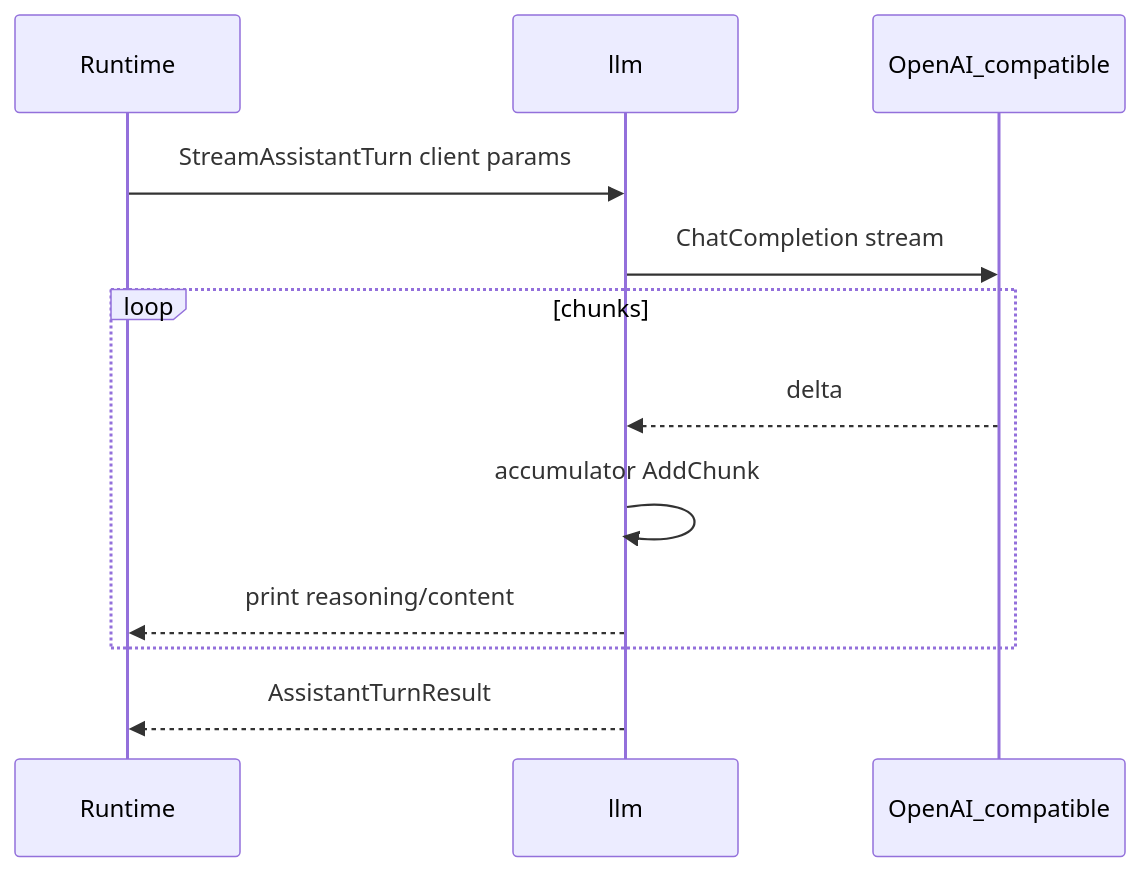
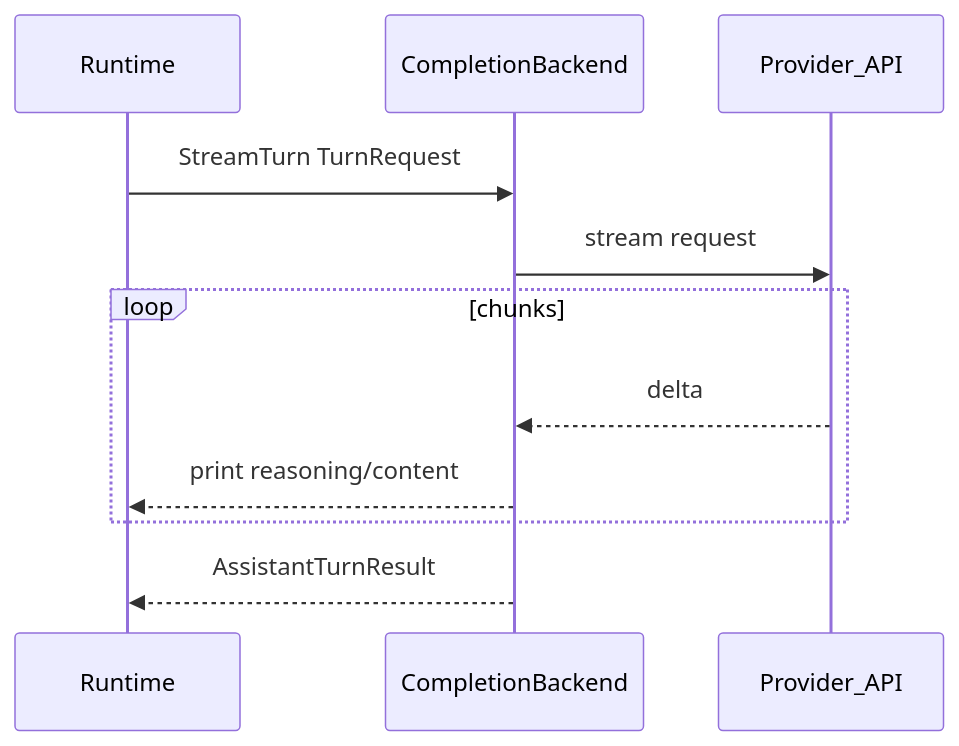
One commit to SAPPHIR3-ROS3/Solomon changed the diagram in docs/architecture/llm-layer.md. Above: the diagram before and after it, drawn with Mermaid. The commit also changed other lines of this file and 35 other files, not shown here.

First line of the commit message:
Add native Anthropic Messages API support behind CompletionBackend.

````diff
--- a/docs/architecture/llm-layer.md
+++ b/docs/architecture/llm-layer.md
@@ -44,15 +61,14 @@
 ```mermaid
 sequenceDiagram
   participant RT as Runtime
-  participant LLM as llm
-  participant API as OpenAI_compatible
+  participant BE as CompletionBackend
+  participant API as Provider_API
 
-  RT->>LLM: StreamAssistantTurn client params
-  LLM->>API: ChatCompletion stream
+  RT->>BE: StreamTurn TurnRequest
+  BE->>API: stream request
   loop chunks
-    API-->>LLM: delta
-    LLM->>LLM: accumulator AddChunk
-    LLM-->>RT: print reasoning/content
+    API-->>BE: delta
+    BE-->>RT: print reasoning/content
   end
-  LLM-->>RT: AssistantTurnResult
+  BE-->>RT: AssistantTurnResult
 ```
````
